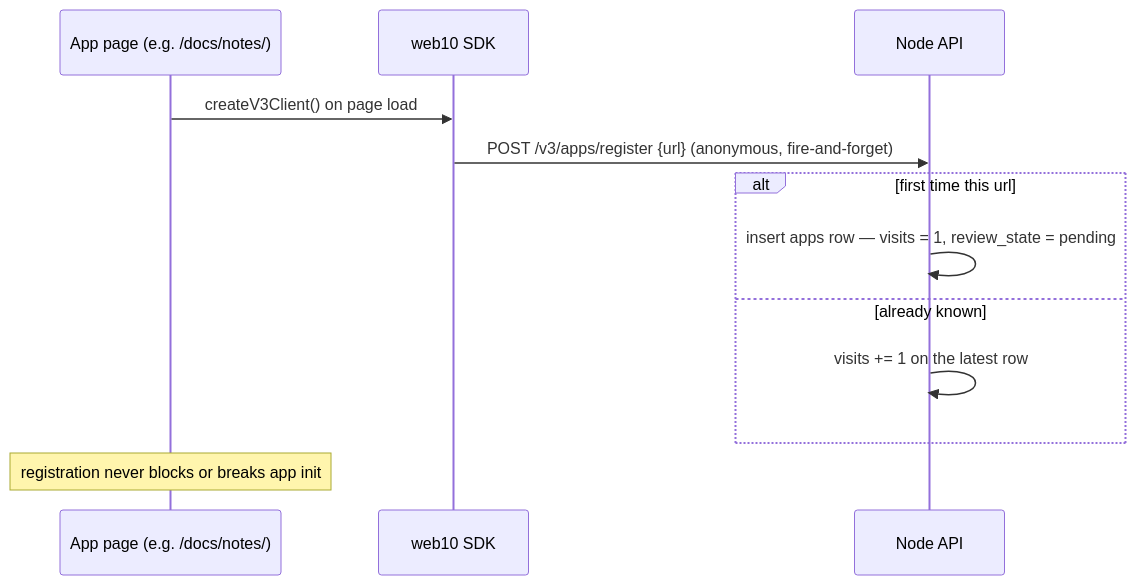
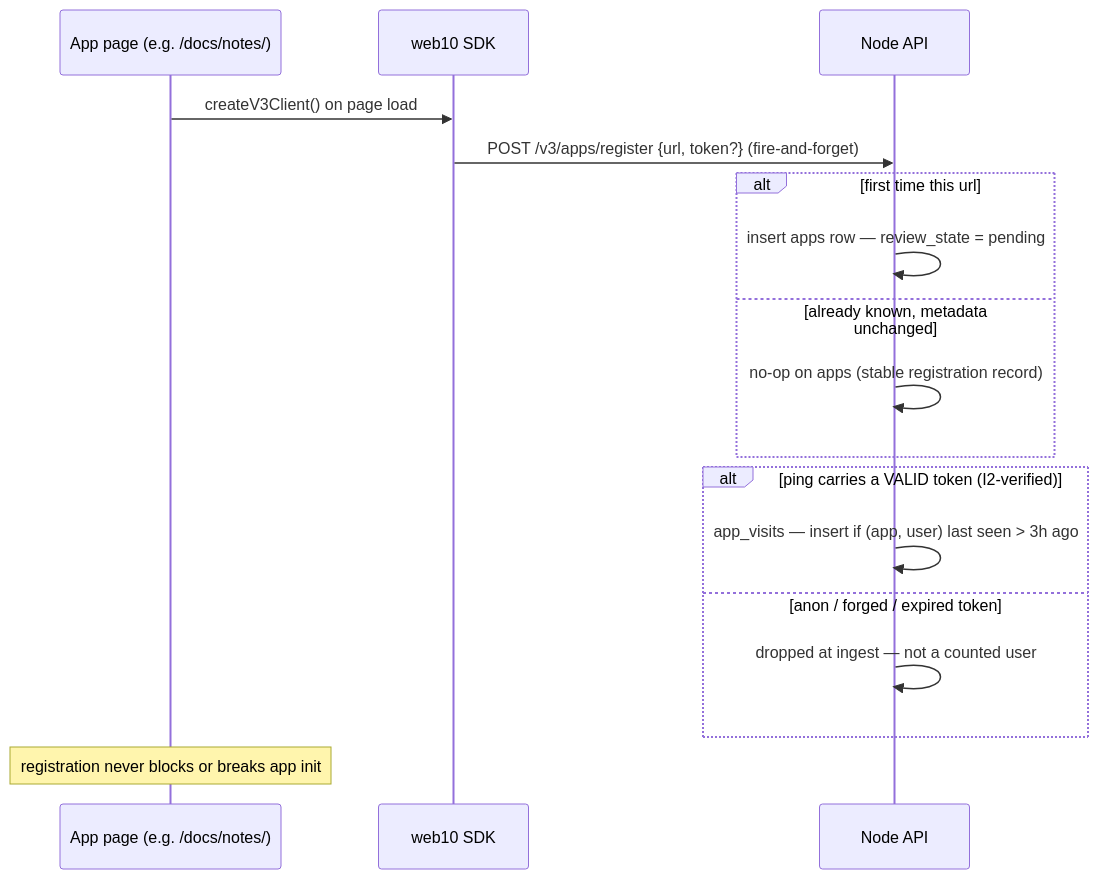
One commit to jacoby149/web10 changed the diagram in knowledge/knowledge-base/web10-v3/app-store/overview.md. Above: the diagram before and after it, drawn with Mermaid. The commit also changed other lines of this file and 25 other files, not shown here.

First line of the commit message:
feature(app-store) + feature(sdk) + docs(kb): store metric becomes real-user activity — un-gameable by construction (D49)

````diff
--- a/knowledge/knowledge-base/web10-v3/app-store/overview.md
+++ b/knowledge/knowledge-base/web10-v3/app-store/overview.md
@@ -34,15 +43,20 @@
 ```mermaid
 sequenceDiagram
     participant App as App page (e.g. /docs/notes/)
     participant SDK as web10 SDK
     participant Node as Node API
 
     App->>SDK: createV3Client() on page load
-    SDK->>Node: POST /v3/apps/register {url} (anonymous, fire-and-forget)
+    SDK->>Node: POST /v3/apps/register {url, token?} (fire-and-forget)
     alt first time this url
-        Node->>Node: insert apps row — visits = 1, review_state = pending
-    else already known
-        Node->>Node: visits += 1 on the latest row
+        Node->>Node: insert apps row — review_state = pending
+    else already known, metadata unchanged
+        Node->>Node: no-op on apps (stable registration record)
+    end
+    alt ping carries a VALID token (I2-verified)
+        Node->>Node: app_visits — insert if (app, user) last seen > 3h ago
+    else anon / forged / expired token
+        Node->>Node: dropped at ingest — not a counted user
     end
     Note over App: registration never blocks or breaks app init
 ```
````
